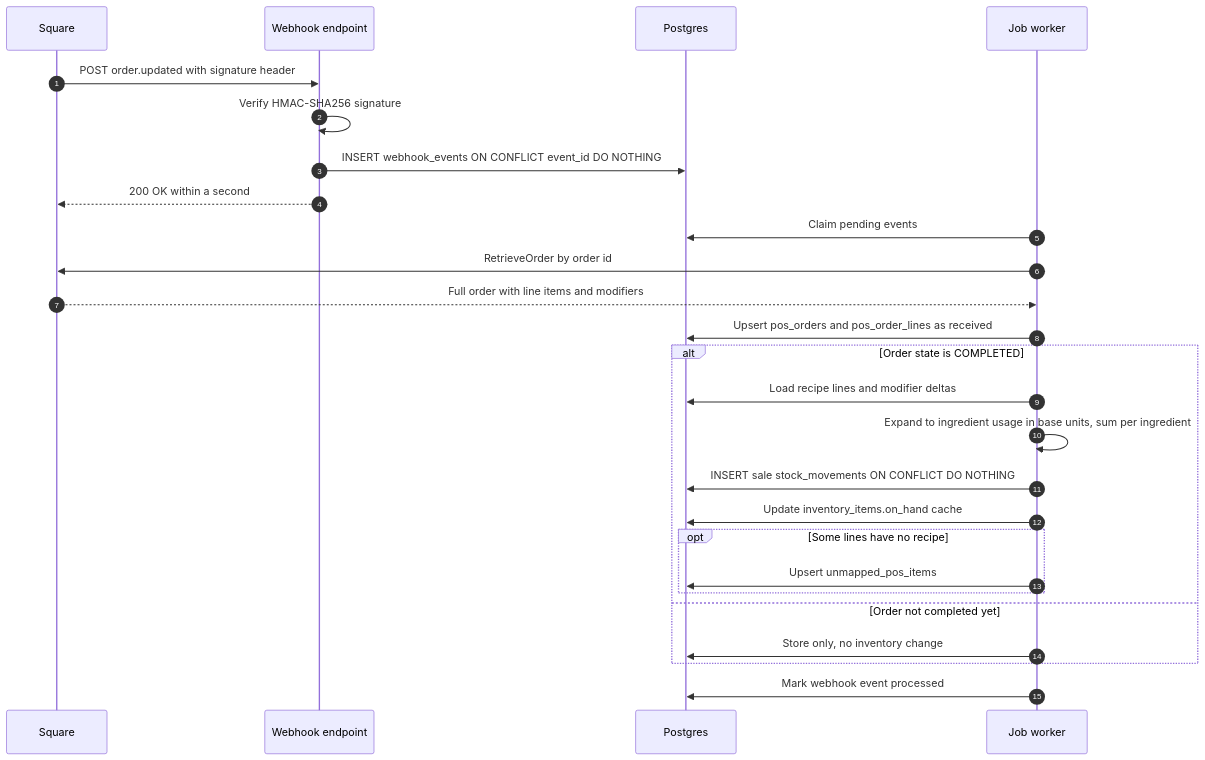
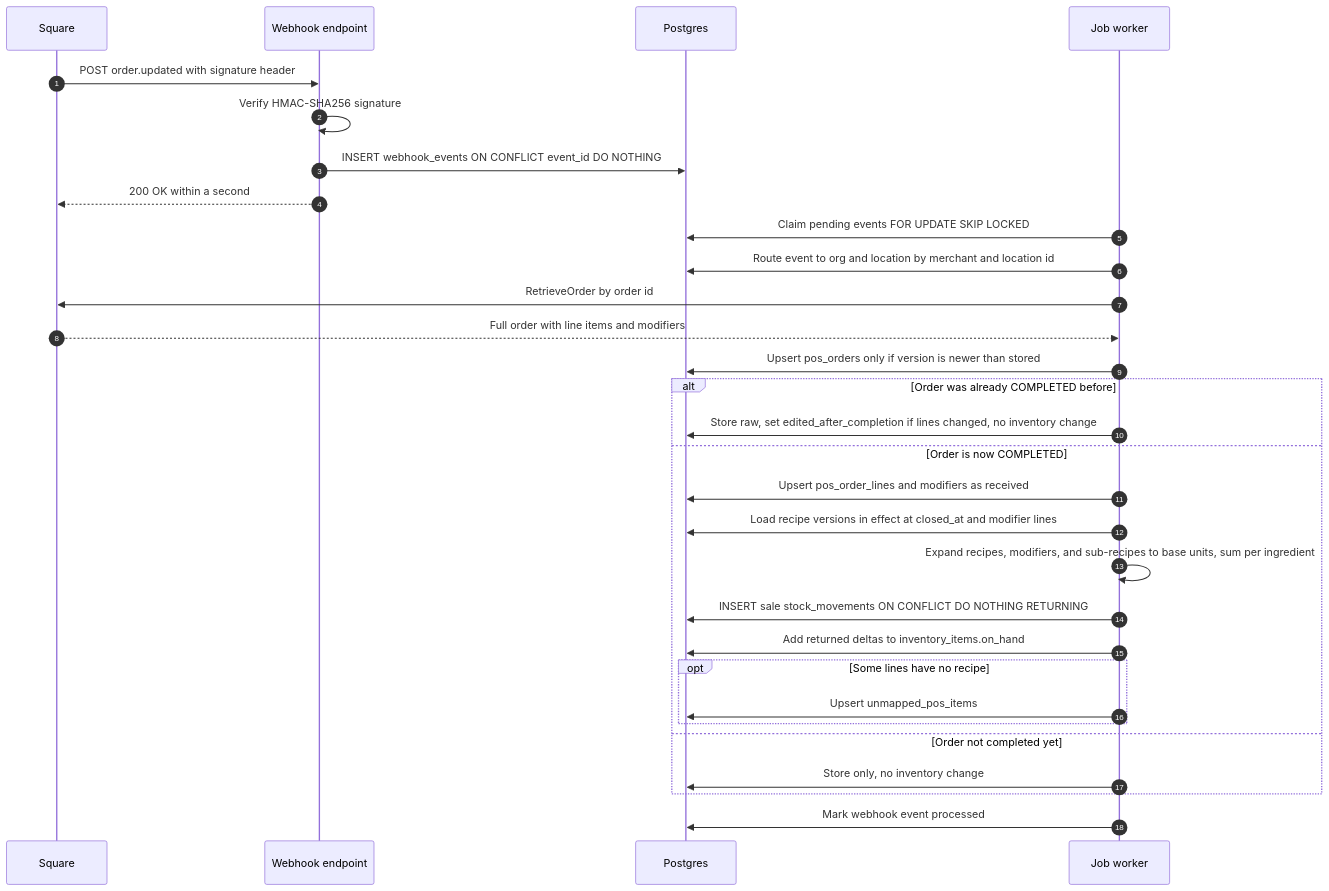
Before and after one commit to trevorwattles/DatabaseProject: the sixth of 8 diagrams in docs/PROPOSAL.md, drawn with Mermaid. The commit also changed other lines of this file and 4 other files, not shown here.

````diff
--- a/docs/PROPOSAL.md
+++ b/docs/PROPOSAL.md
@@ -509,28 +700,32 @@
 ```mermaid
 sequenceDiagram
     autonumber
     participant SQ as Square
     participant WH as Webhook endpoint
     participant DB as Postgres
     participant JW as Job worker
     SQ->>WH: POST order.updated with signature header
     WH->>WH: Verify HMAC-SHA256 signature
     WH->>DB: INSERT webhook_events ON CONFLICT event_id DO NOTHING
     WH-->>SQ: 200 OK within a second
-    JW->>DB: Claim pending events
+    JW->>DB: Claim pending events FOR UPDATE SKIP LOCKED
+    JW->>DB: Route event to org and location by merchant and location id
     JW->>SQ: RetrieveOrder by order id
     SQ-->>JW: Full order with line items and modifiers
-    JW->>DB: Upsert pos_orders and pos_order_lines as received
-    alt Order state is COMPLETED
-        JW->>DB: Load recipe lines and modifier deltas
-        JW->>JW: Expand to ingredient usage in base units, sum per ingredient
-        JW->>DB: INSERT sale stock_movements ON CONFLICT DO NOTHING
-        JW->>DB: Update inventory_items.on_hand cache
+    JW->>DB: Upsert pos_orders only if version is newer than stored
+    alt Order was already COMPLETED before
+        JW->>DB: Store raw, set edited_after_completion if lines changed, no inventory change
+    else Order is now COMPLETED
+        JW->>DB: Upsert pos_order_lines and modifiers as received
+        JW->>DB: Load recipe versions in effect at closed_at and modifier lines
+        JW->>JW: Expand recipes, modifiers, and sub-recipes to base units, sum per ingredient
+        JW->>DB: INSERT sale stock_movements ON CONFLICT DO NOTHING RETURNING
+        JW->>DB: Add returned deltas to inventory_items.on_hand
         opt Some lines have no recipe
             JW->>DB: Upsert unmapped_pos_items
         end
     else Order not completed yet
         JW->>DB: Store only, no inventory change
     end
     JW->>DB: Mark webhook event processed
 ```
````
